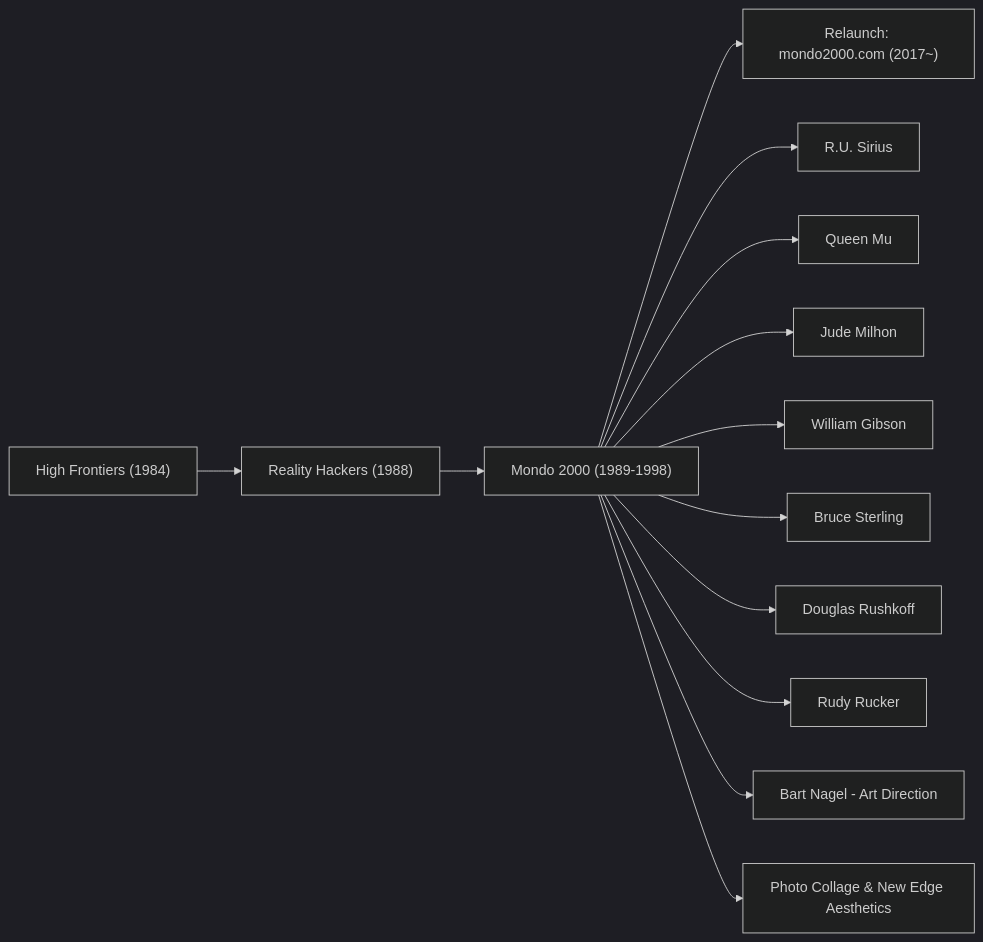
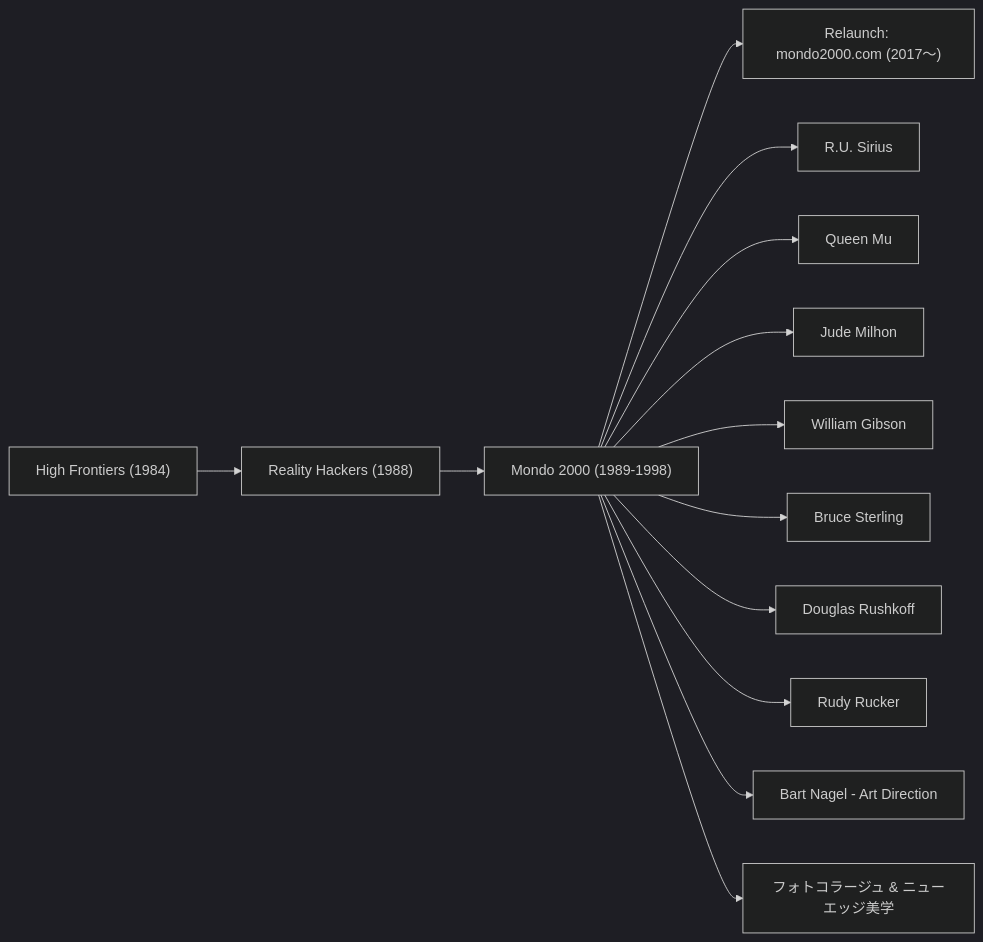
One commit to monumental-movement/monumental-movement.github.io changed the diagram in en/_posts/2025-10-02-Column-Mondo-2000.md. Above: the diagram before and after it, drawn with Mermaid (dark theme). The commit also changed other lines of this file and 211 other files, not shown here.

```diff
--- a/en/_posts/2025-10-02-Column-Mondo-2000.md
+++ b/en/_posts/2025-10-02-Column-Mondo-2000.md
@@ -45,20 +45,20 @@
 <div class="mermaid">
 
 flowchart LR
-A["High Frontiers (1984)"] --> B["Reality Hackers (1988)"]
-B --> C["Mondo 2000 (1989-1998)"]
-C --> D["Relaunch: mondo2000.com (2017~)"]
+  A["High Frontiers (1984)"] --> B["Reality Hackers (1988)"]
+  B --> C["Mondo 2000 (1989-1998)"]
+  C --> D["Relaunch: mondo2000.com (2017〜)"]
 
-C --> E["R.U. Sirius"]
-C --> F["Queen Mu"]
-C --> G["Jude Milhon"]
+  C --> E["R.U. Sirius"]
+  C --> F["Queen Mu"]
+  C --> G["Jude Milhon"]
 
-C --> H["William Gibson"]
-C --> I["Bruce Sterling"]
-C --> J["Douglas Rushkoff"]
-C --> K["Rudy Rucker"]
+  C --> H["William Gibson"]
+  C --> I["Bruce Sterling"]
+  C --> J["Douglas Rushkoff"]
+  C --> K["Rudy Rucker"]
 
-C --> L["Bart Nagel - Art Direction"]
-C --> M["Photo Collage & New Edge Aesthetics"]
+  C --> L["Bart Nagel - Art Direction"]
+  C --> M["フォトコラージュ & ニューエッジ美学"]
   
 </div>
```
